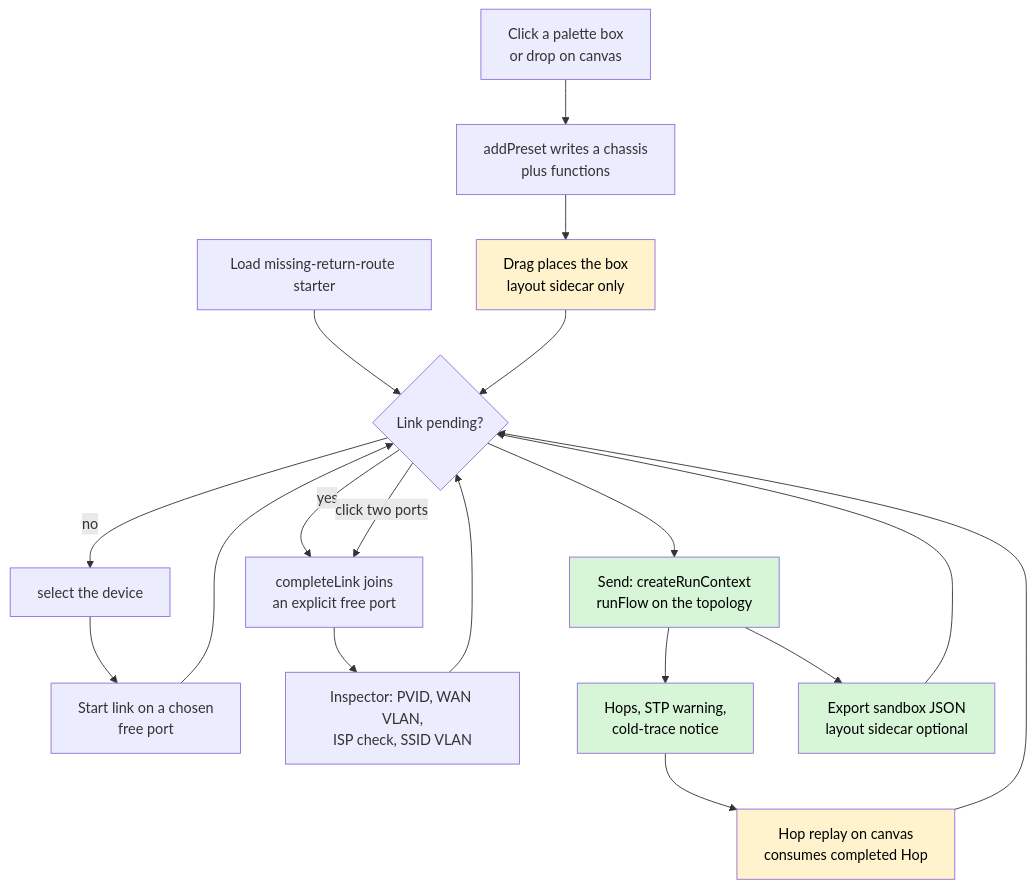
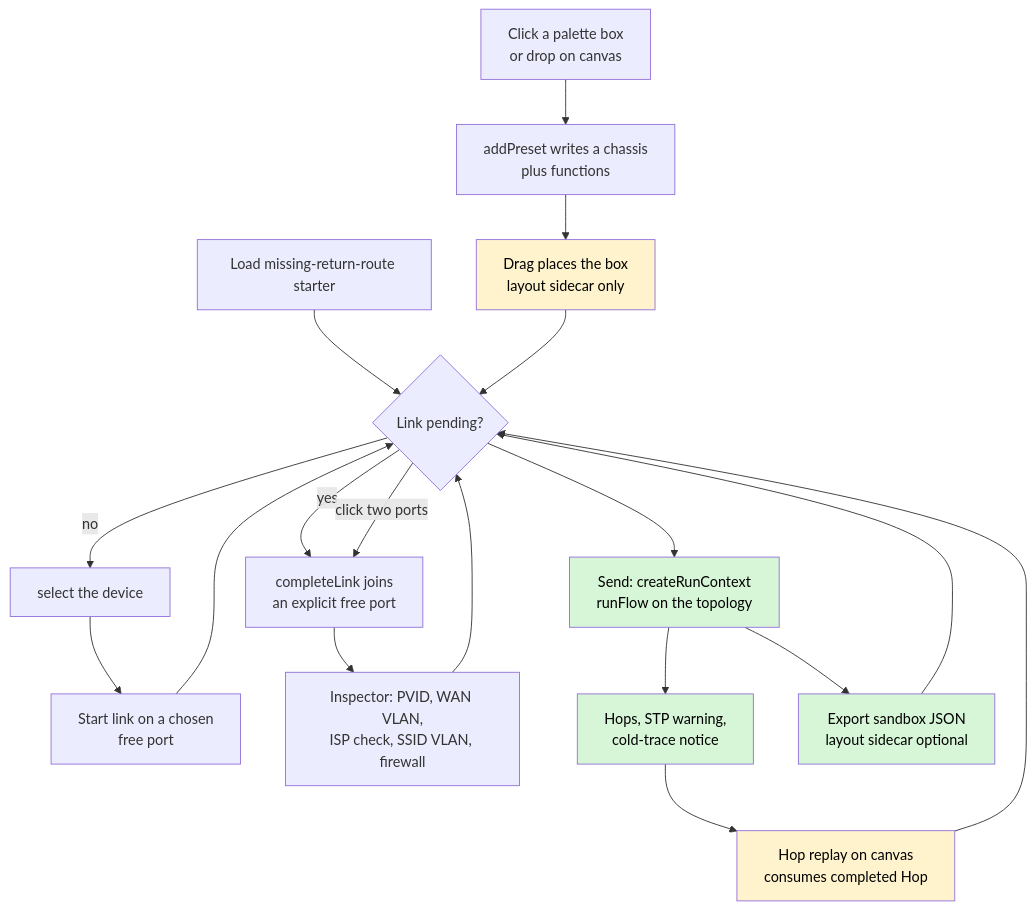
One commit to alanfong93/network-sandbox changed the third of 4 diagrams in docs/system_flow.md. Above: the diagram before and after it, drawn with Mermaid. The commit also changed 6 other files, not shown here.

Commit message:
feat: inspector editor for inter-VLAN firewall rules (#151) (#156)

````diff
--- a/docs/system_flow.md
+++ b/docs/system_flow.md
@@ -152,25 +152,25 @@
 ```mermaid
 flowchart TD
     PA[Click a palette box<br>or drop on canvas] --> AP[addPreset writes a chassis<br>plus functions]
     STT[Load missing-return-route starter] --> SE
     AP --> DR[Drag places the box<br>layout sidecar only]
     DR --> SE{Link pending?}
     SE -->|yes| CL[completeLink joins<br>an explicit free port]
     SE -->|click two ports| CL
     SE -->|no| SL[select the device]
     SL --> ST[Start link on a chosen<br>free port]
     ST --> SE
-    CL --> IN[Inspector: PVID, WAN VLAN,<br>ISP check, SSID VLAN]
+    CL --> IN[Inspector: PVID, WAN VLAN,<br>ISP check, SSID VLAN, firewall]
     IN --> SE
     SE --> SD[Send: createRunContext<br>runFlow on the topology]
     SD --> HO[Hops, STP warning,<br>cold-trace notice]
     HO --> RP[Hop replay on canvas<br>consumes completed Hop]
     RP --> SE
     SD --> EX[Export sandbox JSON<br>layout sidecar optional]
     EX --> SE
     style SD fill:#d7f5d7,color:#000
     style HO fill:#d7f5d7,color:#000
     style EX fill:#d7f5d7,color:#000
     style RP fill:#fff3cd,color:#000
     style DR fill:#fff3cd,color:#000
 ```
````
